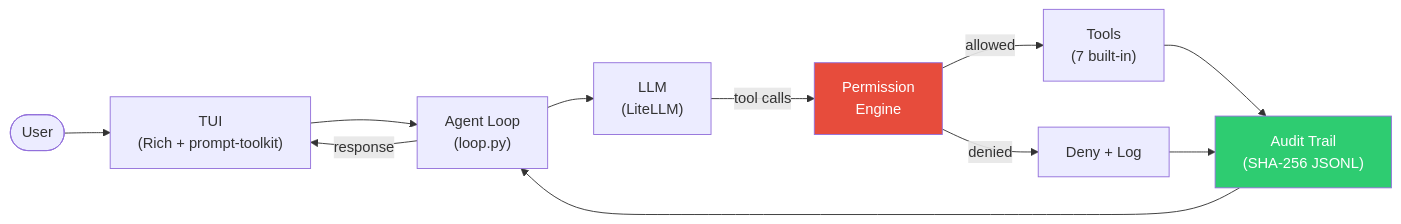
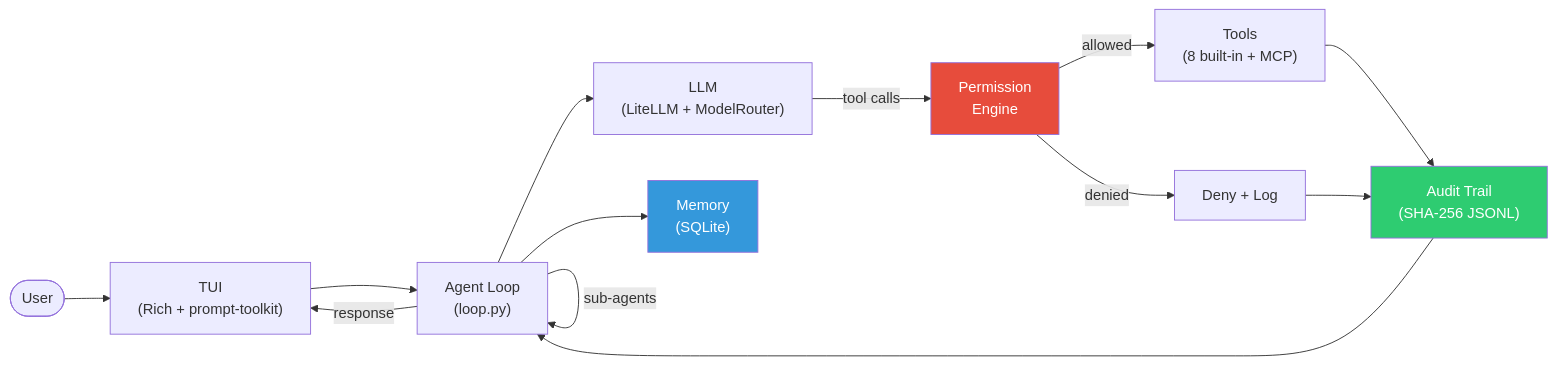
Before and after one commit to omnipotence-eth/godspeed-coding-agent: the diagram in README.md, drawn with Mermaid. The commit also changed other lines of this file, not shown here.

````diff
--- a/README.md
+++ b/README.md
@@ -47,16 +55,19 @@
 ```mermaid
 flowchart LR
     User([User]) --> TUI["TUI\n(Rich + prompt-toolkit)"]
     TUI --> Loop["Agent Loop\n(loop.py)"]
-    Loop --> LLM["LLM\n(LiteLLM)"]
+    Loop --> LLM["LLM\n(LiteLLM + ModelRouter)"]
     LLM -->|tool calls| Perm["Permission\nEngine"]
-    Perm -->|allowed| Tools["Tools\n(7 built-in)"]
+    Perm -->|allowed| Tools["Tools\n(8 built-in + MCP)"]
     Perm -->|denied| Deny[Deny + Log]
     Tools --> Audit["Audit Trail\n(SHA-256 JSONL)"]
     Deny --> Audit
     Audit --> Loop
+    Loop -->|sub-agents| Loop
     Loop -->|response| TUI
+    Loop --> Memory["Memory\n(SQLite)"]
 
     style Perm fill:#e74c3c,color:#fff
     style Audit fill:#2ecc71,color:#fff
+    style Memory fill:#3498db,color:#fff
 ```
````
